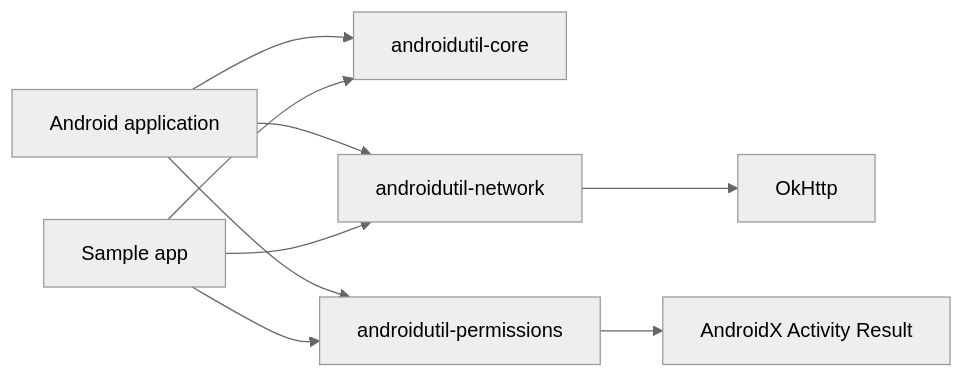
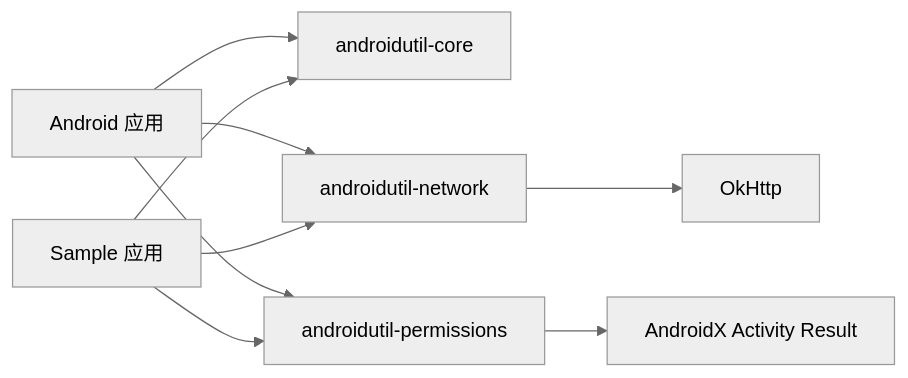
One commit to cheng2016/AndroidUtil changed the diagram in docs/architecture.md. Above: the diagram before and after it, drawn with Mermaid (neutral theme). The commit also changed other lines of this file and 30 other files, not shown here.

````diff
--- a/docs/architecture.md
+++ b/docs/architecture.md
@@ -5,11 +5,11 @@
 ```mermaid
 flowchart LR
-    App[Android application] --> Core[androidutil-core]
+    App[Android 应用] --> Core[androidutil-core]
     App --> Network[androidutil-network]
     App --> Permissions[androidutil-permissions]
-    Sample[Sample app] --> Core
+    Sample[Sample 应用] --> Core
     Sample --> Network
     Sample --> Permissions
     Network --> OkHttp[OkHttp]
     Permissions --> ActivityResult[AndroidX Activity Result]
 ```
````
